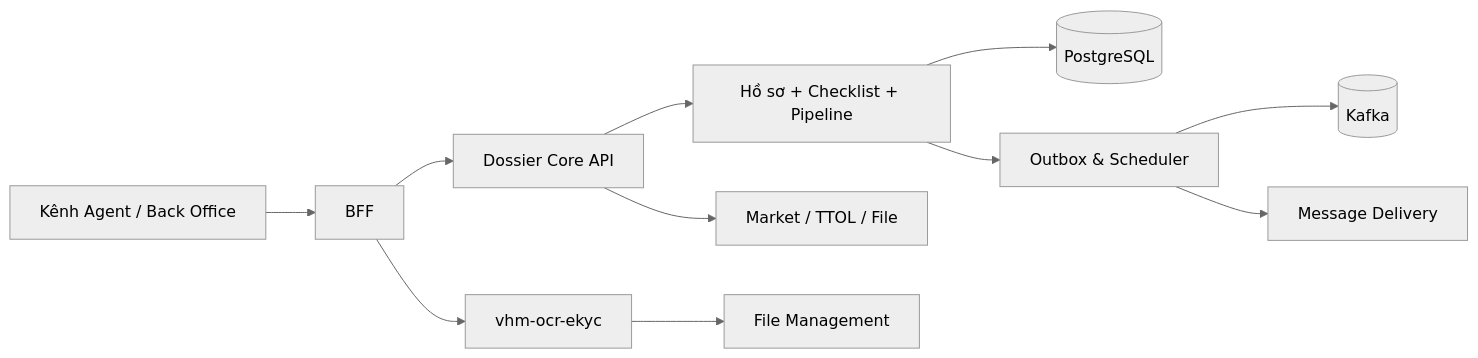
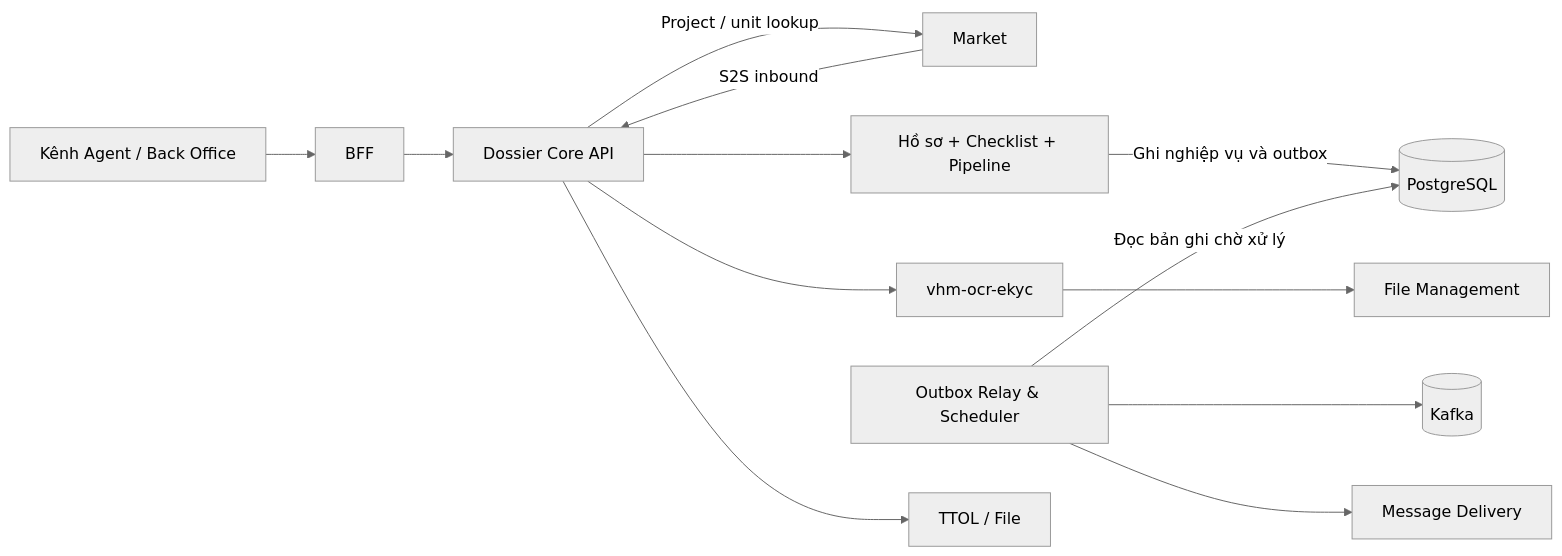
The second of 9 diagrams in tdd-dossier.md (huynv-xyz/vhm), drawn with Mermaid (neutral theme) before and after one commit. The commit also changed other lines of this file, not shown here.

````diff
--- a/tdd-dossier.md
+++ b/tdd-dossier.md
@@ -196,13 +199,15 @@
 ```mermaid
 flowchart LR
     Channel[Kênh Agent / Back Office] --> BFF[BFF]
     BFF --> API[Dossier Core API]
+    Market[Market] -->|S2S inbound| API
     API --> Domain[Hồ sơ + Checklist + Pipeline]
-    Domain --> DB[(PostgreSQL)]
-    Domain --> Relay[Outbox & Scheduler]
+    Domain -->|Ghi nghiệp vụ và outbox| DB[(PostgreSQL)]
+    Relay[Outbox Relay & Scheduler] -->|Đọc bản ghi chờ xử lý| DB
     Relay --> Kafka[(Kafka)]
     Relay --> Message[Message Delivery]
-    BFF --> OCR[vhm-ocr-ekyc]
+    API --> OCR[vhm-ocr-ekyc]
     OCR --> File[File Management]
-    API --> Enterprise[Market / TTOL / File]
+    API -->|Project / unit lookup| Market
+    API --> Enterprise[TTOL / File]
 ```
````
